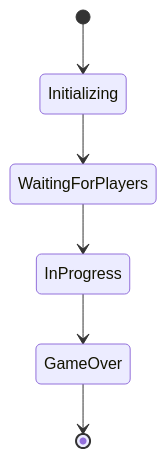
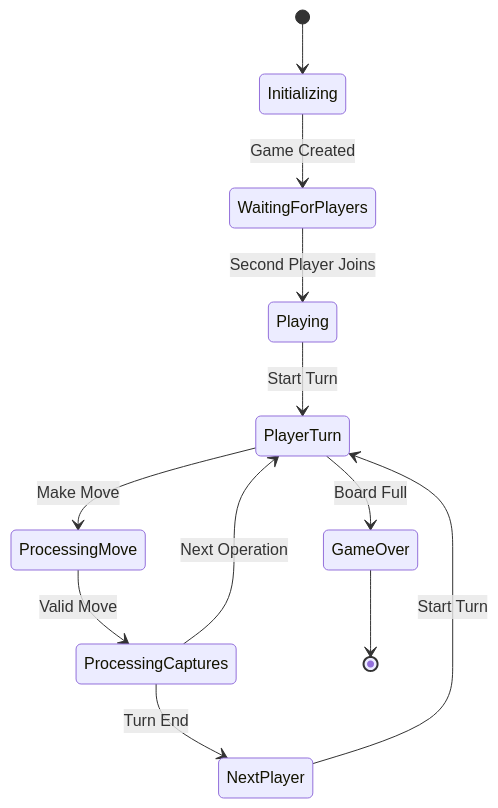
One commit to vcb88/ctorgame changed the fifth of 8 diagrams in docs/ARCHITECTURE.md. Above: the diagram before and after it, drawn with Mermaid. The commit also changed other lines of this file and 1 other file, not shown here.

First line of the commit message:
docs: update architecture documentation and add setup guide

````diff
--- a/docs/ARCHITECTURE.md
+++ b/docs/ARCHITECTURE.md
@@ -225,8 +116,14 @@
 ```mermaid
 stateDiagram-v2
     [*] --> Initializing
-    Initializing --> WaitingForPlayers
-    WaitingForPlayers --> InProgress
-    InProgress --> GameOver
+    Initializing --> WaitingForPlayers: Game Created
+    WaitingForPlayers --> Playing: Second Player Joins
+    Playing --> PlayerTurn: Start Turn
+    PlayerTurn --> ProcessingMove: Make Move
+    ProcessingMove --> ProcessingCaptures: Valid Move
+    ProcessingCaptures --> PlayerTurn: Next Operation
+    ProcessingCaptures --> NextPlayer: Turn End
+    NextPlayer --> PlayerTurn: Start Turn
+    PlayerTurn --> GameOver: Board Full
     GameOver --> [*]
 ```
````
